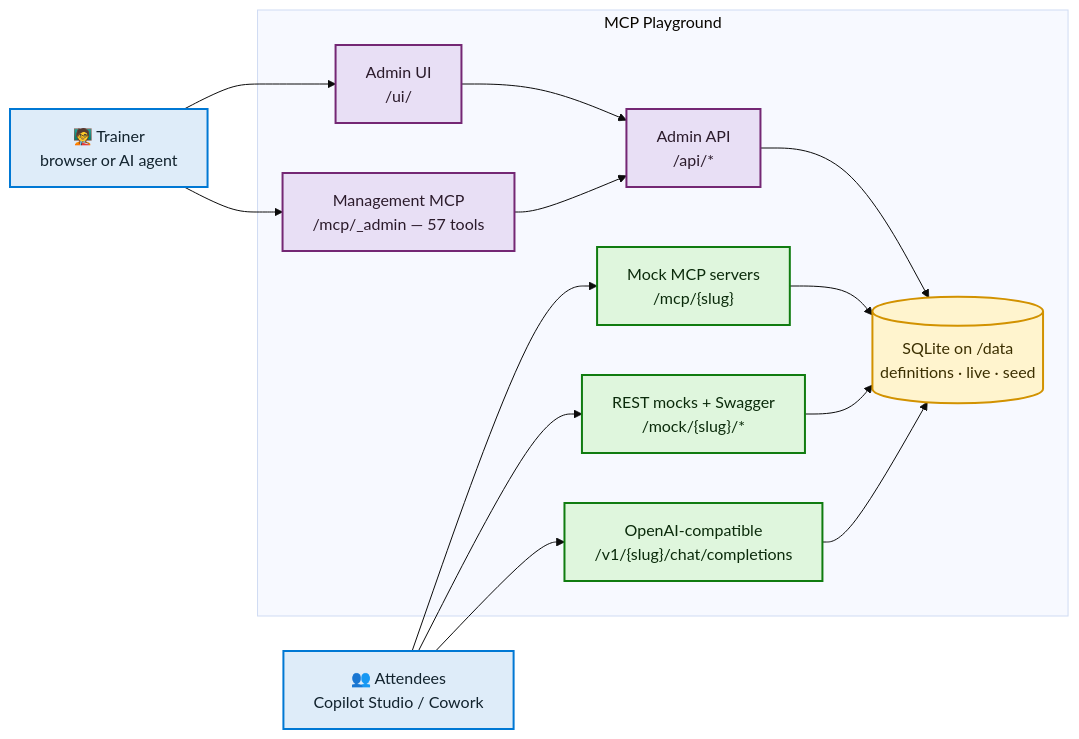
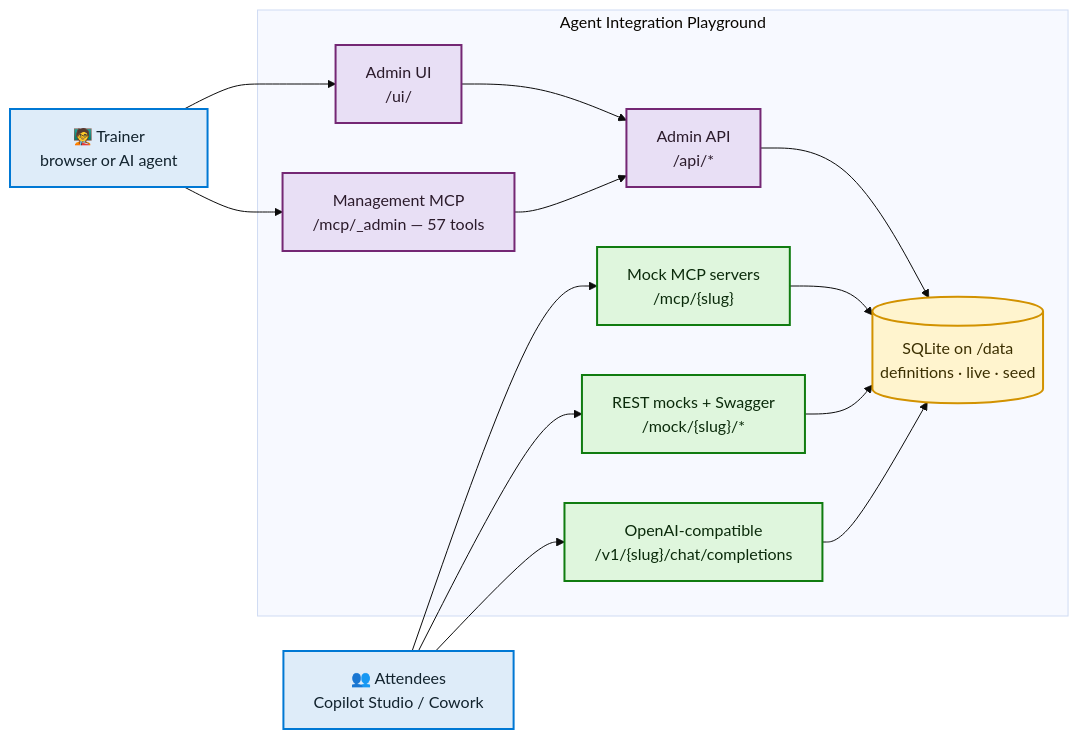
The first of 4 diagrams in README.md (Roelzz/mcp_playground), drawn with Mermaid (base theme) before and after one commit. The commit also changed other lines of this file and 8 other files, not shown here.

````diff
--- a/README.md
+++ b/README.md
@@ -20,36 +20,36 @@
 ```mermaid
 flowchart LR
     Trainer["🧑‍🏫 Trainer<br/>browser or AI agent"]
     Attendee["👥 Attendees<br/>Copilot Studio / Cowork"]
 
-    subgraph App["MCP Playground"]
+    subgraph App["Agent Integration Playground"]
         UI["Admin UI<br/>/ui/"]
         AdminAPI["Admin API<br/>/api/*"]
         AdminMCP["Management MCP<br/>/mcp/_admin — 57 tools"]
         MockMCP["Mock MCP servers<br/>/mcp/{slug}"]
         MockREST["REST mocks + Swagger<br/>/mock/{slug}/*"]
         LLM["OpenAI-compatible<br/>/v1/{slug}/chat/completions"]
         Store[("SQLite on /data<br/>definitions · live · seed")]
     end
 
     Trainer --> UI --> AdminAPI
     Trainer --> AdminMCP --> AdminAPI
     Attendee --> MockMCP
     Attendee --> MockREST
     Attendee --> LLM
 
     AdminAPI --> Store
     MockMCP --> Store
     MockREST --> Store
     LLM --> Store
 
     classDef person fill:#deecf9,stroke:#0078d4,stroke-width:2px,color:#12232e
     classDef admin fill:#e8dff5,stroke:#742774,stroke-width:2px,color:#2b1b2b
     classDef mock fill:#dff6dd,stroke:#107c10,stroke-width:2px,color:#0b2b0b
     classDef data fill:#fff4ce,stroke:#d29200,stroke-width:2px,color:#3b2f00
 
     class Trainer,Attendee person
     class UI,AdminAPI,AdminMCP admin
     class MockMCP,MockREST,LLM mock
     class Store data
 ```
````
